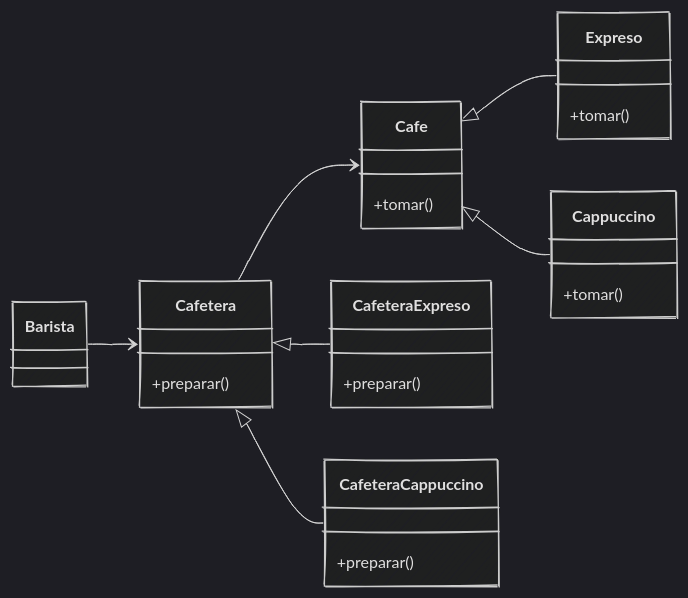
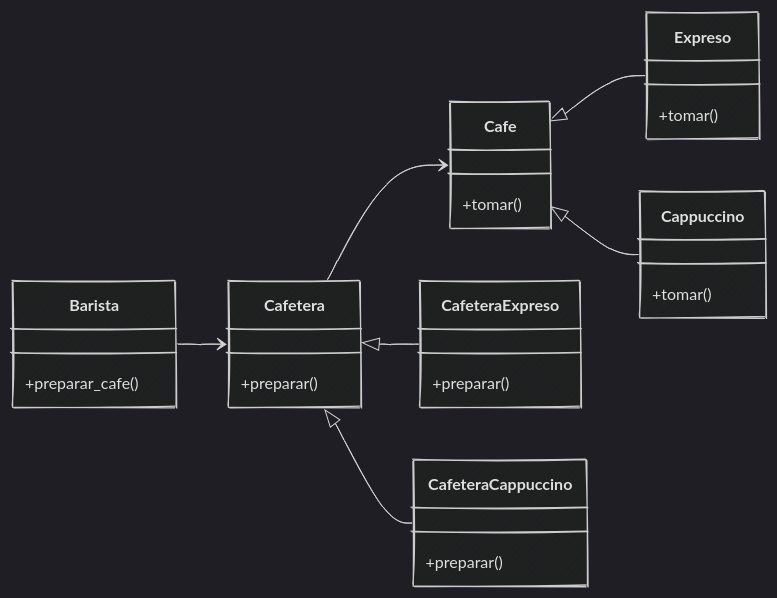
The fourth of 5 diagrams in content/sesion10/Readme.md (python-la-paz/python-study-group-oop), drawn with Mermaid before and after one commit. The commit also changed other lines of this file and 2 other files, not shown here.

````diff
--- a/content/sesion10/Readme.md
+++ b/content/sesion10/Readme.md
@@ -421,31 +417,32 @@
 ```mermaid
 %%{init: {"theme": "dark", "look": "handDrawn"  }}%%
 classDiagram
 direction LR
     class Cafe {
         +tomar()
     }
     class Expreso {
         +tomar()
     }
     class Cappuccino {
         +tomar()
     }
     class Cafetera {
         +preparar()
     }
     class CafeteraExpreso {
         +preparar()
     }
     class CafeteraCappuccino {
         +preparar()
     }
     class Barista {
+        +preparar_cafe()
     }
     Cafe <|-- Expreso
     Cafe <|-- Cappuccino
     Cafetera <|-- CafeteraExpreso
     Cafetera <|-- CafeteraCappuccino
     Cafetera --> Cafe
     Barista --> Cafetera
 ```
````
